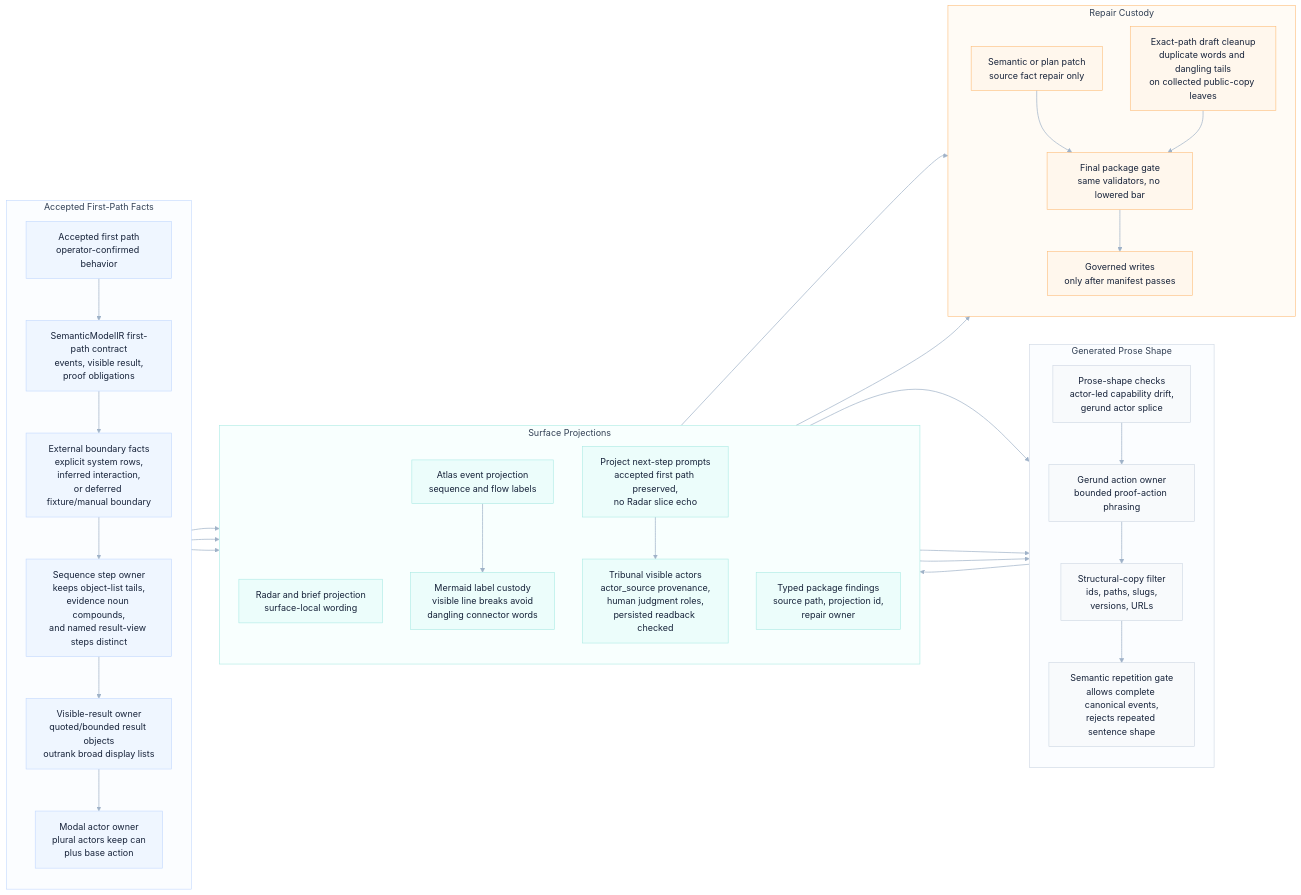
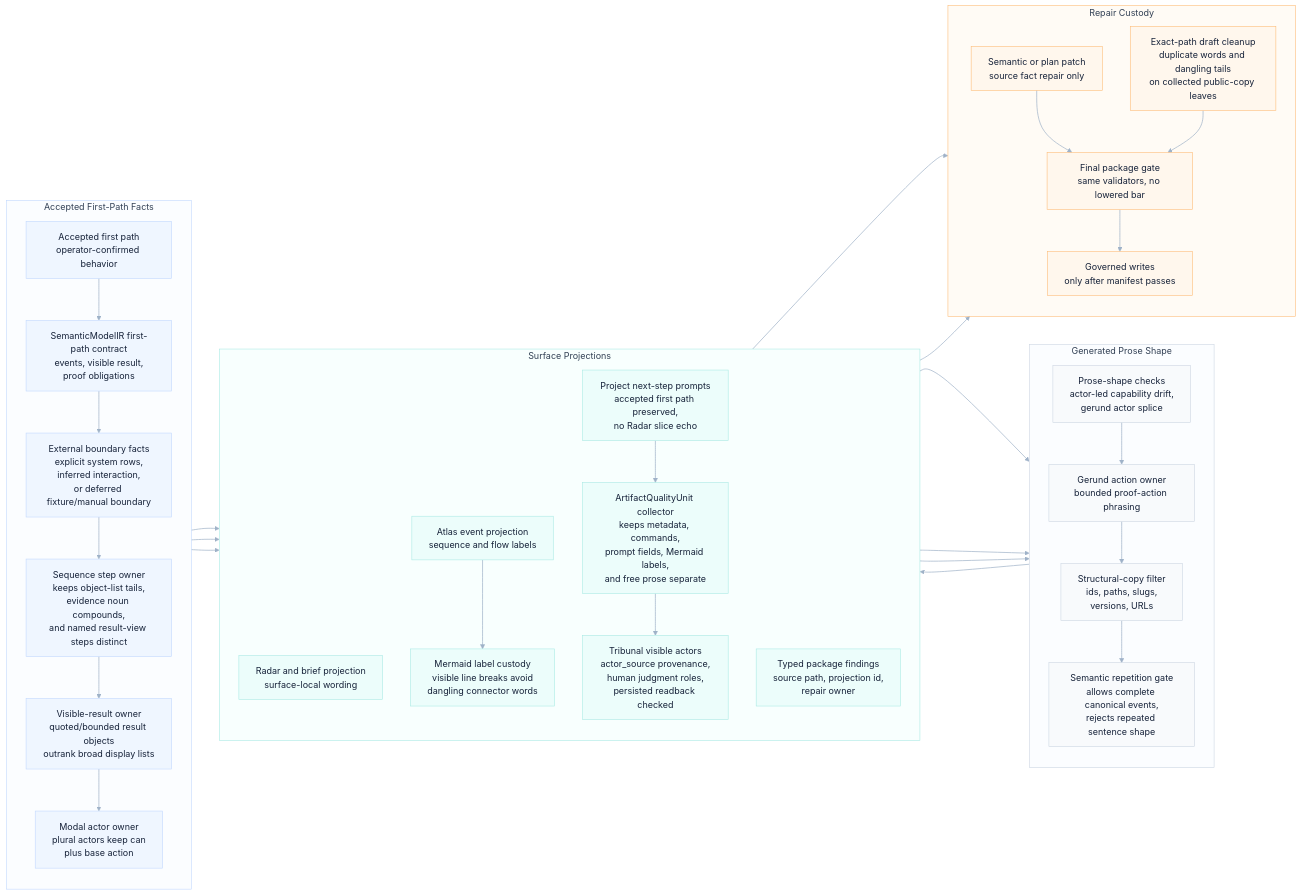
The diagram in odylith/atlas/source/greenfield-first-path-semantic-copy-custody.mmd (odylith/odylith), drawn with Mermaid before and after one commit. The commit also changed 53 other files, not shown here.

```diff
--- a/odylith/atlas/source/greenfield-first-path-semantic-copy-custody.mmd
+++ b/odylith/atlas/source/greenfield-first-path-semantic-copy-custody.mmd
@@ -1,74 +1,76 @@
 flowchart LR
     subgraph intent_lane["Accepted First-Path Facts"]
       direction TB
       accepted_path["Accepted first path<br/>operator-confirmed behavior"]
       semantic_contract["SemanticModelIR first-path contract<br/>events, visible result,<br/>proof obligations"]
       external_boundary["External boundary facts<br/>explicit system rows,<br/>inferred interaction,<br/>or deferred fixture/manual boundary"]
       sequence_owner["Sequence step owner<br/>keeps object-list tails,<br/>evidence noun compounds,<br/>and named result-view steps distinct"]
       visible_result_owner["Visible-result owner<br/>quoted/bounded result objects<br/>outrank broad display lists"]
       modal_owner["Modal actor owner<br/>plural actors keep can<br/>plus base action"]
     end
 
     subgraph prose_lane["Generated Prose Shape"]
       direction TB
       shape_checks["Prose-shape checks<br/>actor-led capability drift,<br/>gerund actor splice"]
       gerund_owner["Gerund action owner<br/>bounded proof-action phrasing"]
       structural_filter["Structural-copy filter<br/>ids, paths, slugs,<br/>versions, URLs"]
       repetition_gate["Semantic repetition gate<br/>allows complete canonical events,<br/>rejects repeated sentence shape"]
     end
 
     subgraph projection_lane["Surface Projections"]
       direction TB
       radar_projection["Radar and brief projection<br/>surface-local wording"]
       atlas_projection["Atlas event projection<br/>sequence and flow labels"]
       mermaid_label_custody["Mermaid label custody<br/>visible line breaks avoid<br/>dangling connector words"]
       next_step_prompts["Project next-step prompts<br/>accepted first path preserved,<br/>no Radar slice echo"]
+      artifact_units["ArtifactQualityUnit collector<br/>keeps metadata, commands,<br/>prompt fields, Mermaid labels,<br/>and free prose separate"]
       tribunal_actors["Tribunal visible actors<br/>actor_source provenance,<br/>human judgment roles,<br/>persisted readback checked"]
       package_findings["Typed package findings<br/>source path, projection id,<br/>repair owner"]
     end
 
     subgraph repair_lane["Repair Custody"]
       direction TB
       semantic_plan_patch["Semantic or plan patch<br/>source fact repair only"]
       exact_draft_cleanup["Exact-path draft cleanup<br/>duplicate words and dangling tails<br/>on collected public-copy leaves"]
       final_gate["Final package gate<br/>same validators, no lowered bar"]
       governed_write["Governed writes<br/>only after manifest passes"]
     end
 
     accepted_path --> semantic_contract
     semantic_contract --> external_boundary
     external_boundary --> sequence_owner
     sequence_owner --> visible_result_owner
     visible_result_owner --> modal_owner
     modal_owner --> radar_projection
     modal_owner --> atlas_projection
     modal_owner --> next_step_prompts
     radar_projection --> shape_checks
     atlas_projection --> mermaid_label_custody
     mermaid_label_custody --> shape_checks
-    next_step_prompts --> tribunal_actors
+    next_step_prompts --> artifact_units
+    artifact_units --> tribunal_actors
     tribunal_actors --> shape_checks
     shape_checks --> gerund_owner
     gerund_owner --> structural_filter
     structural_filter --> repetition_gate
     repetition_gate --> package_findings
     package_findings --> semantic_plan_patch
     package_findings --> exact_draft_cleanup
     semantic_plan_patch --> final_gate
     exact_draft_cleanup --> final_gate
     final_gate --> governed_write
 
     classDef intent fill:#EFF6FF,stroke:#BFD7FE,color:#17233A,stroke-width:1px;
     classDef prose fill:#F8FAFC,stroke:#CBD5E1,color:#17233A,stroke-width:1px;
     classDef projection fill:#ECFDFB,stroke:#A7E9E3,color:#17233A,stroke-width:1px;
     classDef repair fill:#FFF7ED,stroke:#FDBA74,color:#17233A,stroke-width:1px;
     class accepted_path,semantic_contract,external_boundary,sequence_owner,visible_result_owner,modal_owner intent;
     class shape_checks,gerund_owner,structural_filter,repetition_gate prose;
-    class radar_projection,atlas_projection,mermaid_label_custody,next_step_prompts,tribunal_actors,package_findings projection;
+    class radar_projection,atlas_projection,mermaid_label_custody,next_step_prompts,artifact_units,tribunal_actors,package_findings projection;
     class semantic_plan_patch,exact_draft_cleanup,final_gate,governed_write repair;
 
     style intent_lane fill:#FBFDFF,stroke:#BFD7FE,stroke-width:1px,color:#334155
     style prose_lane fill:#FBFDFF,stroke:#CBD5E1,stroke-width:1px,color:#334155
     style projection_lane fill:#F8FFFE,stroke:#A7E9E3,stroke-width:1px,color:#334155
     style repair_lane fill:#FFFBF5,stroke:#FDBA74,stroke-width:1px,color:#334155
     linkStyle default stroke:#9FB2C8,stroke-width:1.25px
```
